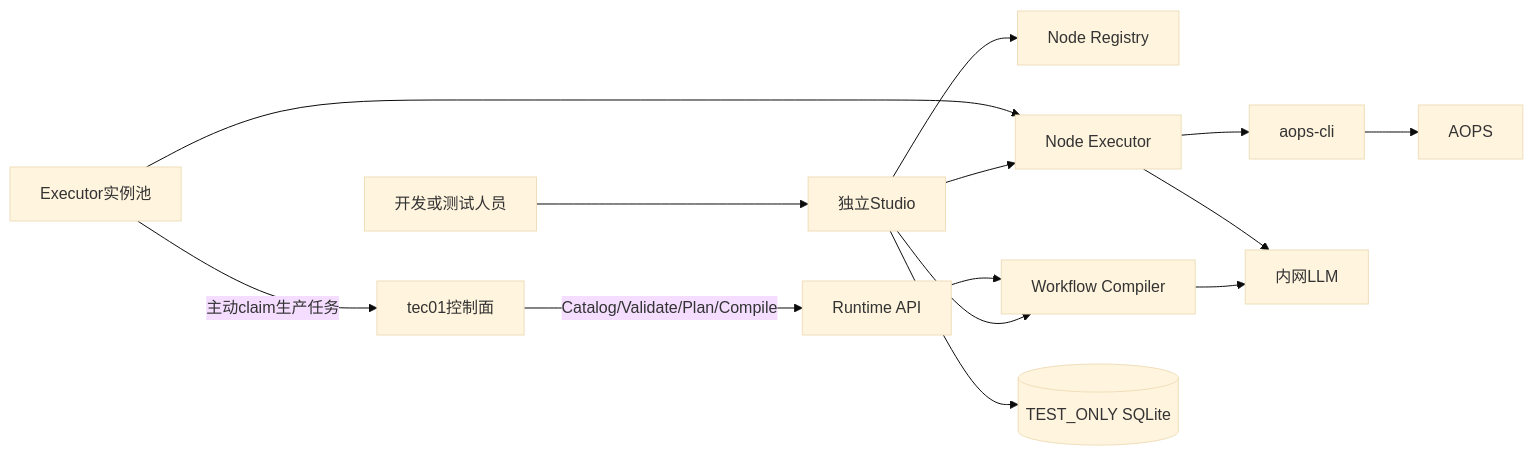
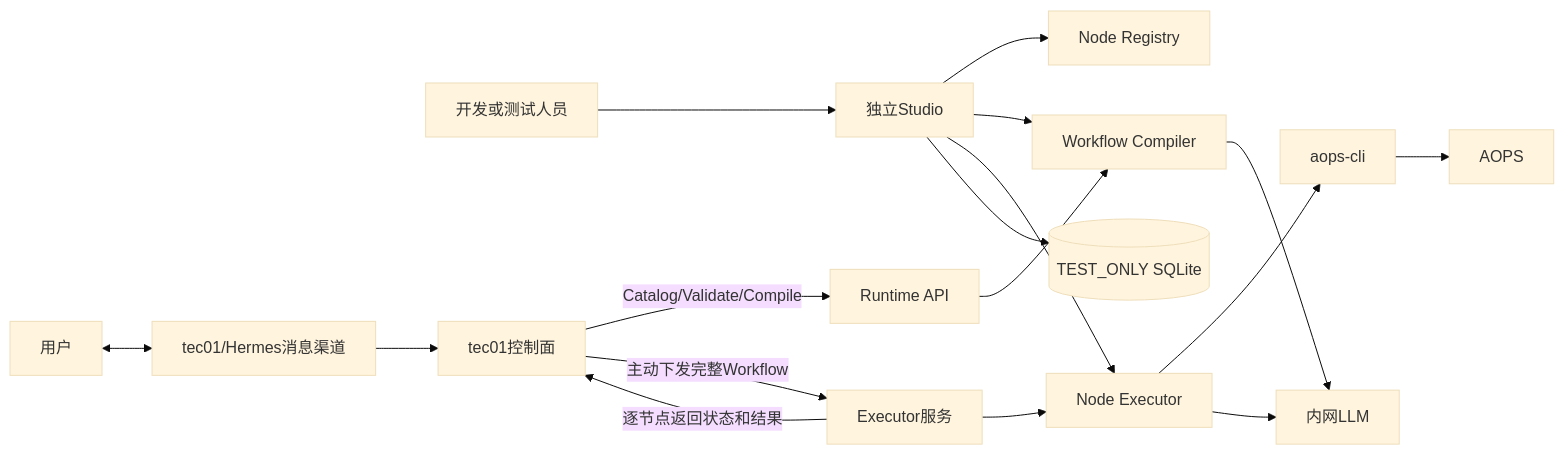
The diagram in docs/architecture.md (armin1024/itsm-workflow), drawn with Mermaid (base theme) before and after one commit. The commit also changed other lines of this file and 7 other files, not shown here.

Commit message:
docs: simplify tec01 push scheduling and user flows

````diff
--- a/docs/architecture.md
+++ b/docs/architecture.md
@@ -5,17 +5,20 @@
 ```mermaid
 flowchart LR
     U[开发或测试人员] --> S[独立Studio]
     S --> R[Node Registry]
     S --> C[Workflow Compiler]
     S --> E[Node Executor]
     E --> CLI[aops-cli]
     CLI --> A[AOPS]
     C --> L[内网LLM]
     E --> L
     S --> DB[(TEST_ONLY SQLite)]
 
-    T[tec01控制面] -->|Catalog/Validate/Plan/Compile| API[Runtime API]
+    U2[用户] <--> CH[tec01/Hermes消息渠道]
+    CH --> T[tec01控制面]
+    T -->|Catalog/Validate/Compile| API[Runtime API]
     API --> C
-    EX[Executor实例池] -->|主动claim生产任务| T
+    T -->|主动下发完整Workflow| EX[Executor服务]
     EX --> E
+    EX -->|逐节点返回状态和结果| T
 ```
````
